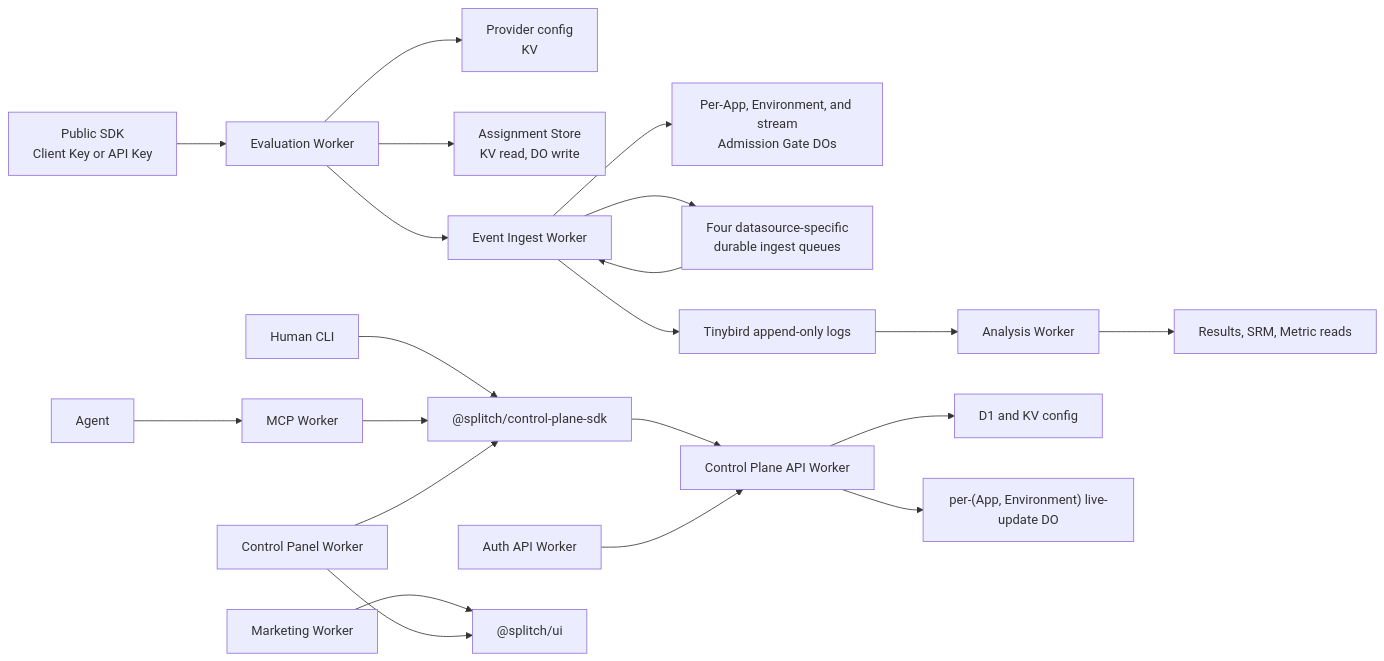
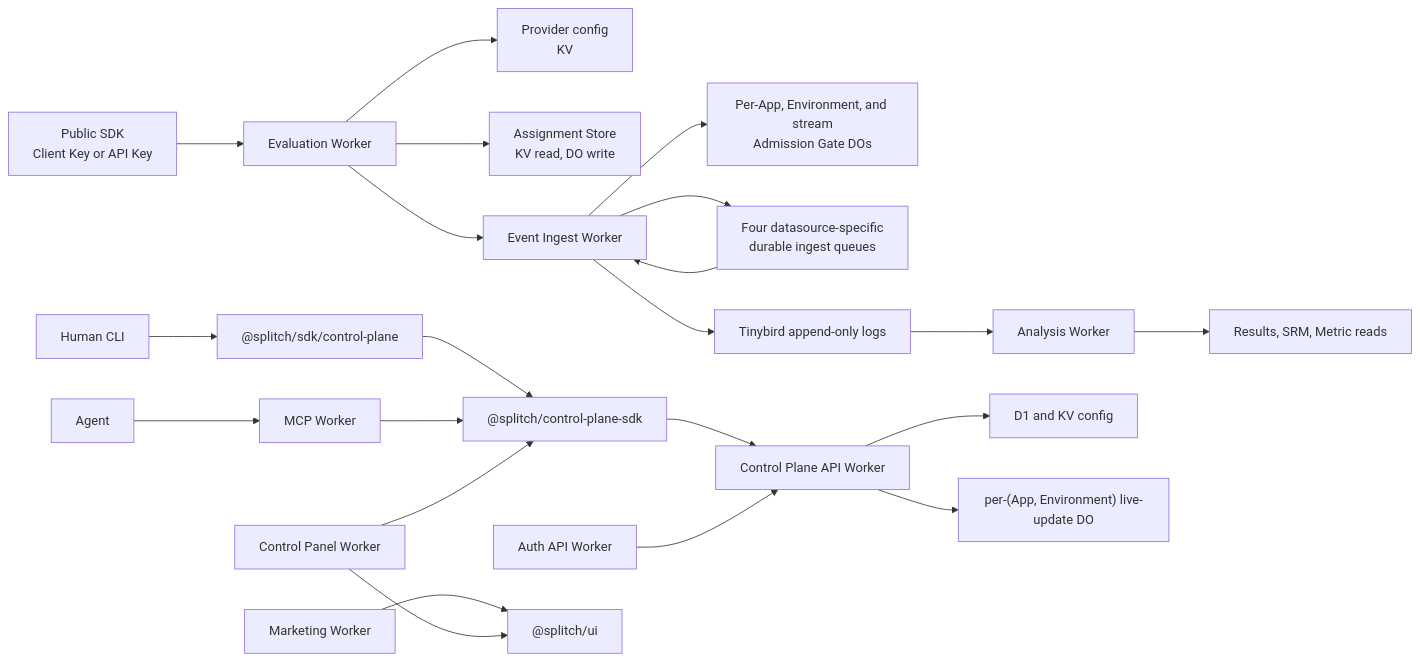
The diagram in docs/architecture/system-architecture.md (zaks-io/splitch), drawn with Mermaid before and after one commit. The commit also changed other lines of this file and 84 other files, not shown here.

First line of the commit message:
refactor(packages): depend CLI and Convex on SDK (#431)

````diff
--- a/docs/architecture/system-architecture.md
+++ b/docs/architecture/system-architecture.md
@@ -21,24 +21,25 @@
 ```mermaid
 flowchart LR
   SDK["Public SDK<br/>Client Key or API Key"] --> Eval["Evaluation Worker"]
   Eval --> Provider["Provider config<br/>KV"]
   Eval --> Store["Assignment Store<br/>KV read, DO write"]
   Eval --> Ingest["Event Ingest Worker"]
   Ingest --> Admission["Per-App, Environment, and stream<br/>Admission Gate DOs"]
   Ingest --> Queue["Four datasource-specific<br/>durable ingest queues"]
   Queue --> Ingest
   Ingest --> Tinybird["Tinybird append-only logs"]
   Tinybird --> Analysis["Analysis Worker"]
   Analysis --> Results["Results, SRM, Metric reads"]
 
-  Human["Human CLI"] --> Client["@splitch/control-plane-sdk"]
+  Human["Human CLI"] --> PublicControlPlane["@splitch/sdk/control-plane"]
+  PublicControlPlane --> Client["@splitch/control-plane-sdk"]
   Agent["Agent"] --> MCP["MCP Worker"]
   MCP --> Client
   Client --> CPA["Control Plane API Worker"]
   Panel["Control Panel Worker"] --> Client
   CPA --> D1["D1 and KV config"]
   CPA --> Fanout["per-(App, Environment) live-update DO"]
   Auth["Auth API Worker"] --> CPA
   Marketing["Marketing Worker"] --> UI["@splitch/ui"]
   Panel --> UI
 ```
````
